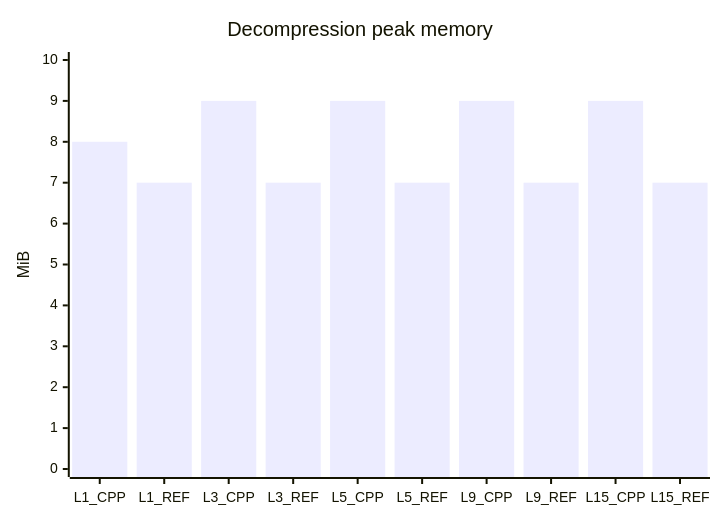
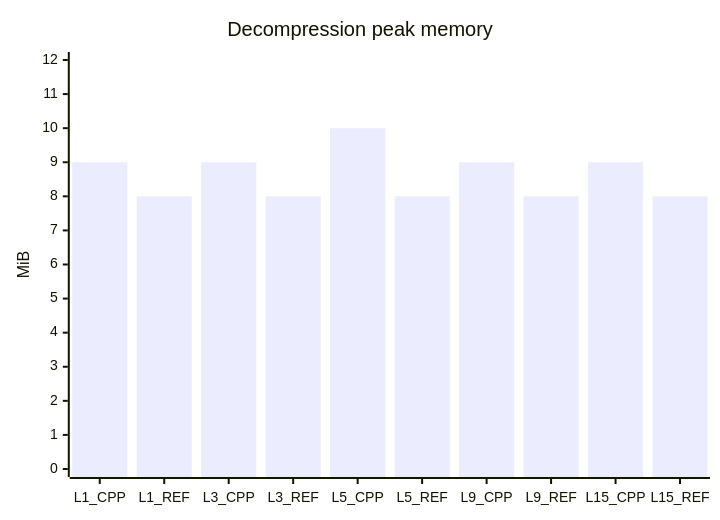
One commit to mheyman/zstdpp changed the sixth of 7 diagrams in README.md. Above: the diagram before and after it, drawn with Mermaid. The commit also changed other lines of this file and 4 other files, not shown here.

````diff
--- a/README.md
+++ b/README.md
@@ -186,7 +186,7 @@
 ```mermaid
 xychart-beta
     title "Decompression peak memory"
     x-axis [L1_CPP, L1_REF, L3_CPP, L3_REF, L5_CPP, L5_REF, L9_CPP, L9_REF, L15_CPP, L15_REF]
-    y-axis "MiB" 0 --> 10
-    bar [8, 7, 9, 7, 9, 7, 9, 7, 9, 7]
+    y-axis "MiB" 0 --> 12
+    bar [9, 8, 9, 8, 10, 8, 9, 8, 9, 8]
 ```
````
